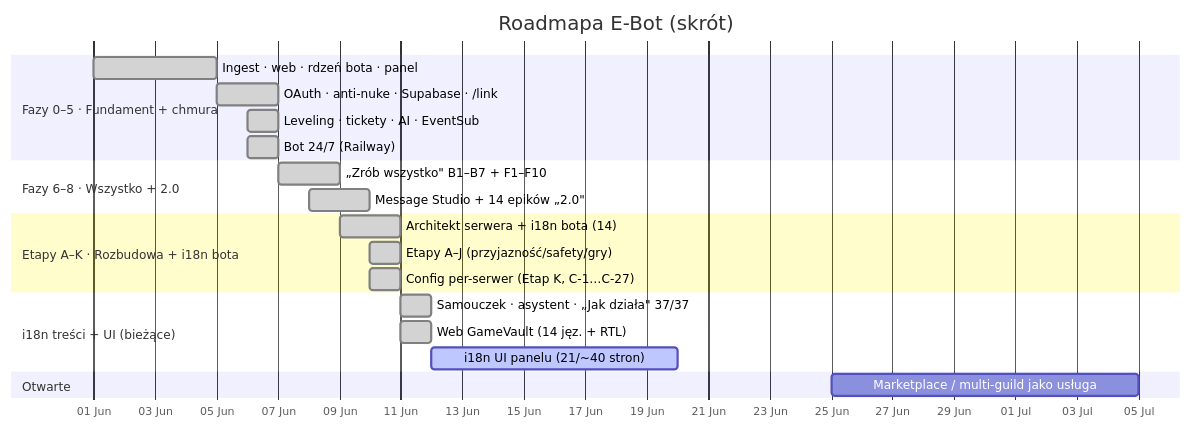
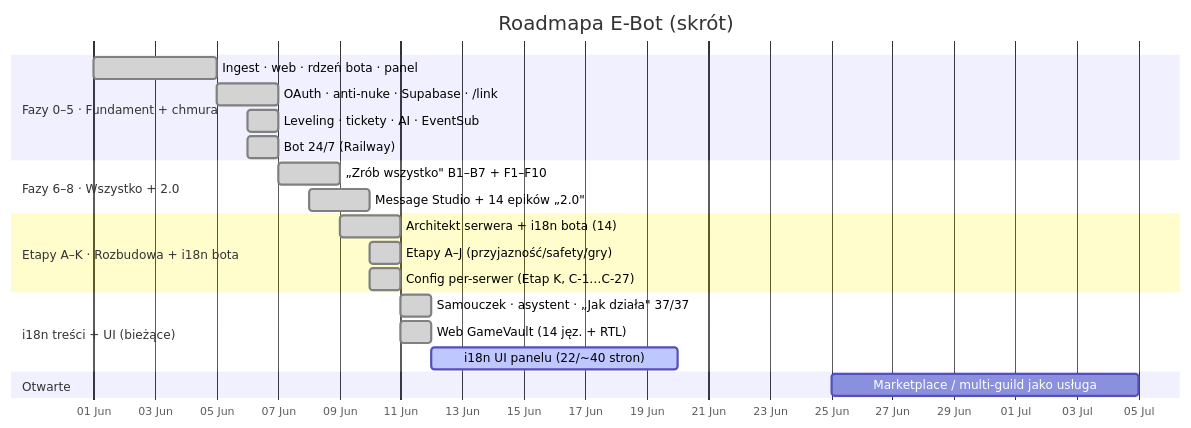
One commit to Gh0s777tt/E-Bot changed the first of 2 diagrams in docs/ROADMAP.md. Above: the diagram before and after it, drawn with Mermaid. The commit also changed other lines of this file and 7 other files, not shown here.

````diff
--- a/docs/ROADMAP.md
+++ b/docs/ROADMAP.md
@@ -23,24 +23,24 @@
 ```mermaid
 gantt
   title Roadmapa E-Bot (skrót)
   dateFormat YYYY-MM-DD
   axisFormat %d %b
   section Fazy 0–5 · Fundament + chmura
   Ingest · web · rdzeń bota · panel    :done, f0, 2026-06-01, 4d
   OAuth · anti-nuke · Supabase · /link :done, f1, 2026-06-05, 2d
   Leveling · tickety · AI · EventSub   :done, f4, 2026-06-06, 1d
   Bot 24/7 (Railway)                   :done, f5, 2026-06-06, 1d
   section Fazy 6–8 · Wszystko + 2.0
   „Zrób wszystko" B1–B7 + F1–F10       :done, f7, 2026-06-07, 2d
   Message Studio + 14 epików „2.0"     :done, f8, 2026-06-08, 2d
   section Etapy A–K · Rozbudowa + i18n bota
   Architekt serwera + i18n bota (14)   :done, ek1, 2026-06-09, 2d
   Etapy A–J (przyjazność/safety/gry)   :done, ek2, 2026-06-10, 1d
   Config per-serwer (Etap K, C-1…C-27) :done, ek3, 2026-06-10, 1d
   section i18n treści + UI (bieżące)
   Samouczek · asystent · „Jak działa" 37/37 :done, i1, 2026-06-11, 1d
   Web GameVault (14 jęz. + RTL)        :done, i2, 2026-06-11, 1d
-  i18n UI panelu (21/~40 stron)        :active, i3, 2026-06-12, 8d
+  i18n UI panelu (22/~40 stron)        :active, i3, 2026-06-12, 8d
   section Otwarte
   Marketplace / multi-guild jako usługa :        mk, 2026-06-25, 10d
 ```
````
